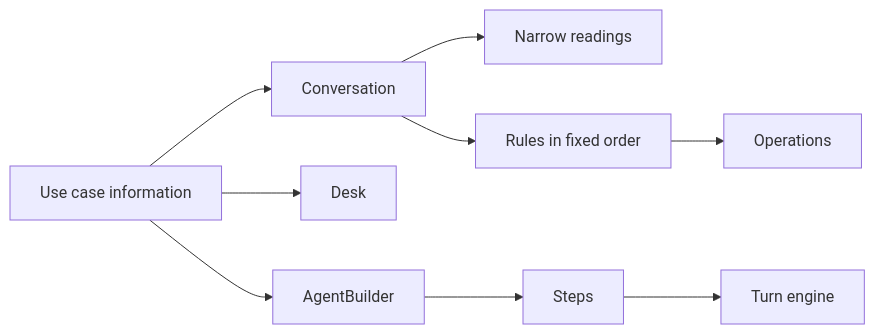
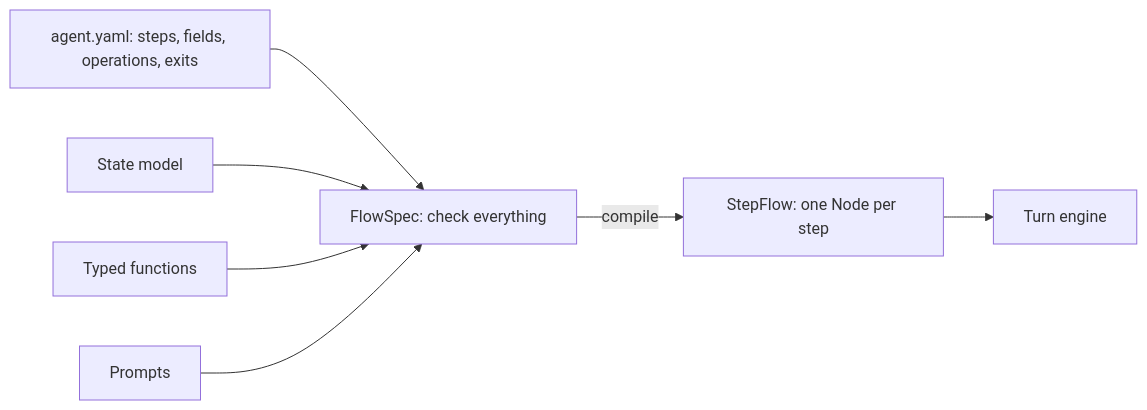
Before and after one commit to slng-ai/unmute-beat: the seventh of 7 diagrams in README.md, drawn with Mermaid. The commit also changed other lines of this file and 13 other files, not shown here.

First line of the commit message:
Gate 1 rerun failed (19/20: verify's model opened the detour badly); asks: code asks for the missing number; README and CLAUDE.md rewritten for node agents

````diff
--- a/README.md
+++ b/README.md
@@ -737,11 +712,9 @@
 ```mermaid
 flowchart LR
-  info[Use case information] --> conv[Conversation]
-  info --> desk[Desk]
-  info --> builder[AgentBuilder]
-  conv --> readings[Narrow readings]
-  conv --> acts[Rules in fixed order]
-  acts --> ops[Operations]
-  builder --> steps[Steps]
-  steps --> engine[Turn engine]
+  yaml[agent.yaml: steps, fields, operations, exits] --> spec[FlowSpec: check everything]
+  state[State model] --> spec
+  funcs[Typed functions] --> spec
+  prompts[Prompts] --> spec
+  spec -->|compile| flow[StepFlow: one Node per step]
+  flow --> engine[Turn engine]
 ```
````
